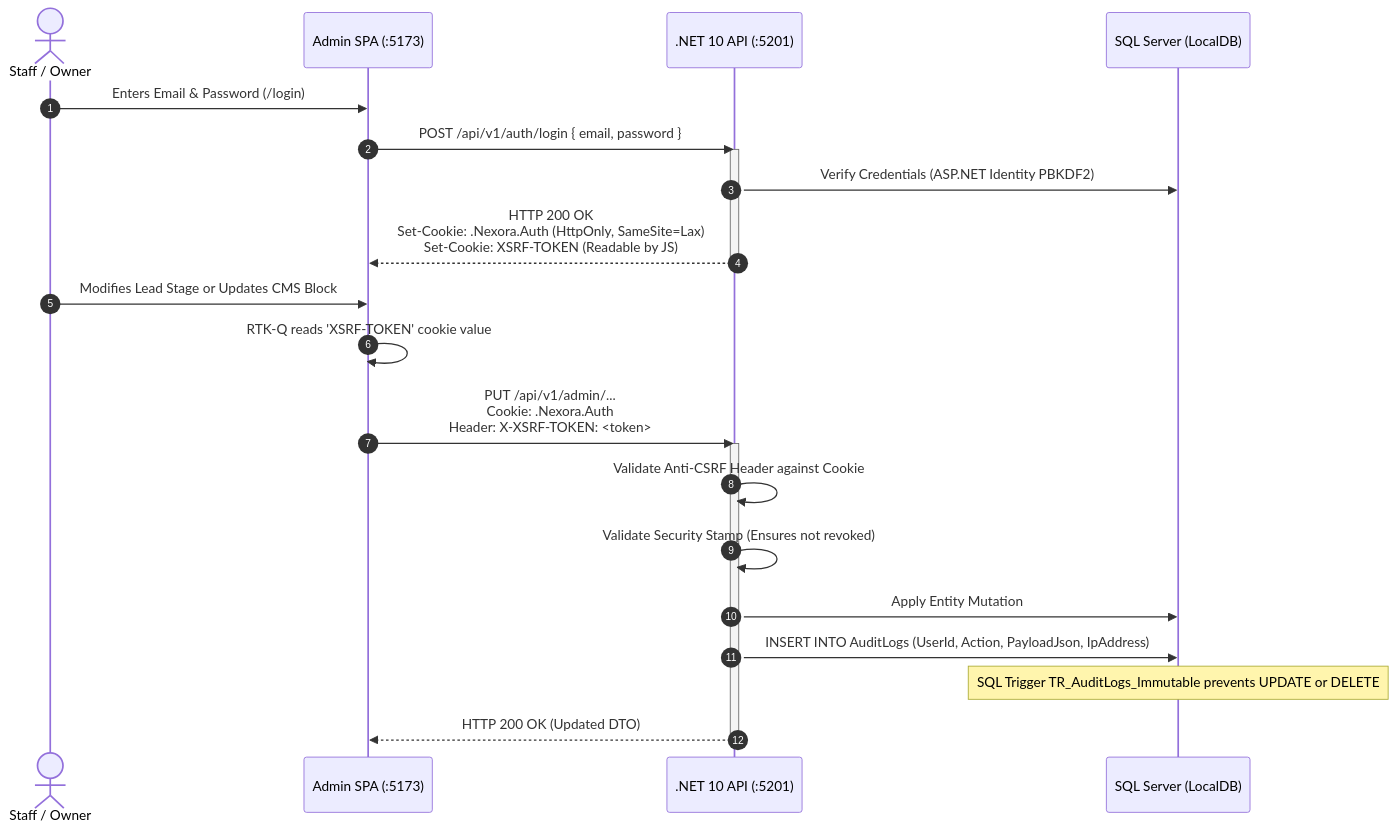
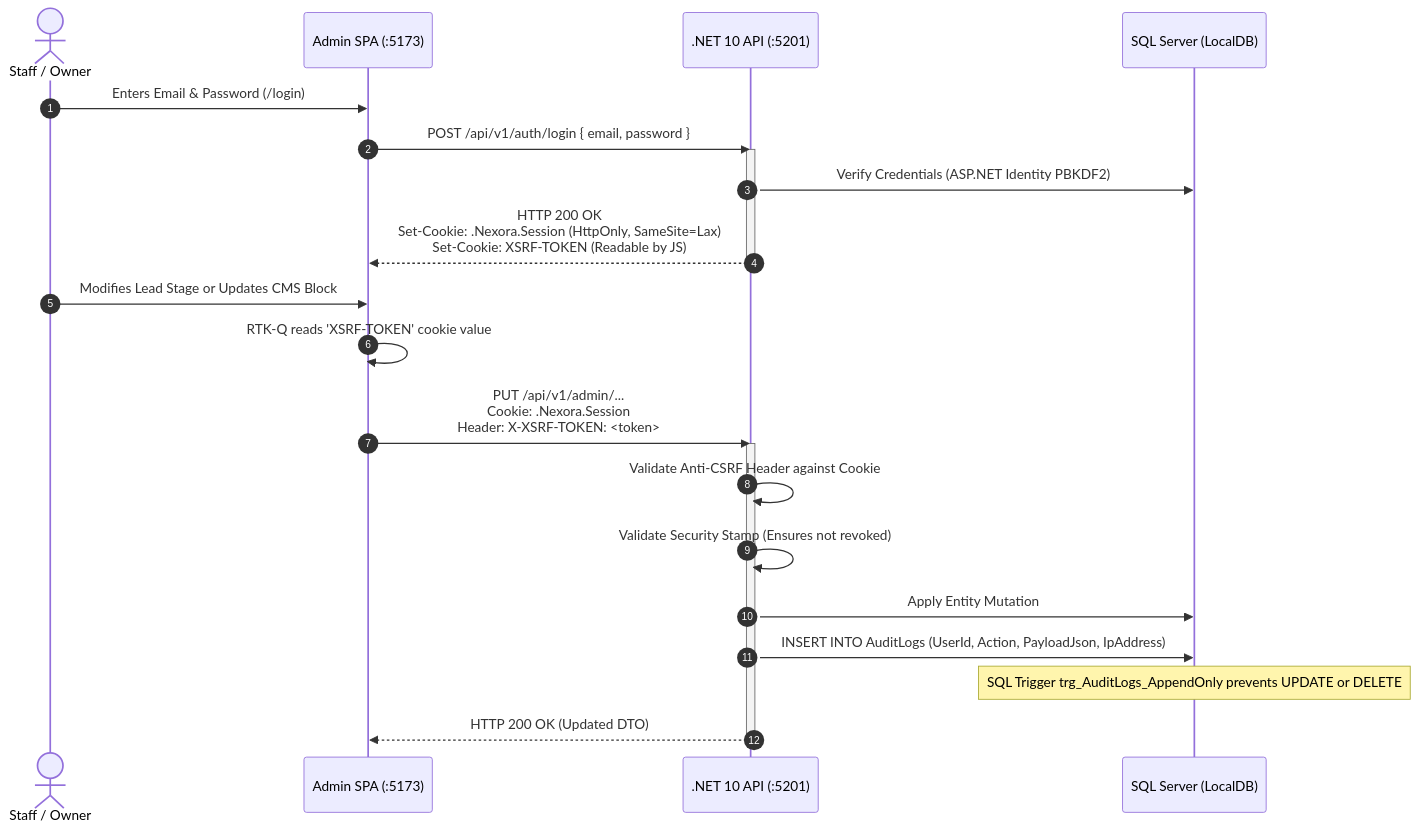
The third of 3 diagrams in README.md (Deepaksinghsisodiya/digital-marketing-platform), drawn with Mermaid before and after one commit. The commit also changed other lines of this file and 95 other files, not shown here.

````diff
--- a/README.md
+++ b/README.md
@@ -111,27 +115,27 @@
 ```mermaid
 sequenceDiagram
     autonumber
     actor Admin as Staff / Owner
     participant SPA as Admin SPA (:5173)
     participant API as .NET 10 API (:5201)
     participant DB as SQL Server (LocalDB)
 
     Admin->>SPA: Enters Email & Password (/login)
     SPA->>API: POST /api/v1/auth/login { email, password }
     activate API
     API->>DB: Verify Credentials (ASP.NET Identity PBKDF2)
-    API-->>SPA: HTTP 200 OK<br/>Set-Cookie: .Nexora.Auth (HttpOnly, SameSite=Lax)<br/>Set-Cookie: XSRF-TOKEN (Readable by JS)
+    API-->>SPA: HTTP 200 OK<br/>Set-Cookie: .Nexora.Session (HttpOnly, SameSite=Lax)<br/>Set-Cookie: XSRF-TOKEN (Readable by JS)
     deactivate API
 
     Admin->>SPA: Modifies Lead Stage or Updates CMS Block
     SPA->>SPA: RTK-Q reads 'XSRF-TOKEN' cookie value
-    SPA->>API: PUT /api/v1/admin/...<br/>Cookie: .Nexora.Auth<br/>Header: X-XSRF-TOKEN: <token>
+    SPA->>API: PUT /api/v1/admin/...<br/>Cookie: .Nexora.Session<br/>Header: X-XSRF-TOKEN: <token>
     activate API
     API->>API: Validate Anti-CSRF Header against Cookie
     API->>API: Validate Security Stamp (Ensures not revoked)
     API->>DB: Apply Entity Mutation
     API->>DB: INSERT INTO AuditLogs (UserId, Action, PayloadJson, IpAddress)
-    Note over DB: SQL Trigger TR_AuditLogs_Immutable prevents UPDATE or DELETE
+    Note over DB: SQL Trigger trg_AuditLogs_AppendOnly prevents UPDATE or DELETE
     API-->>SPA: HTTP 200 OK (Updated DTO)
     deactivate API
 ```
````
